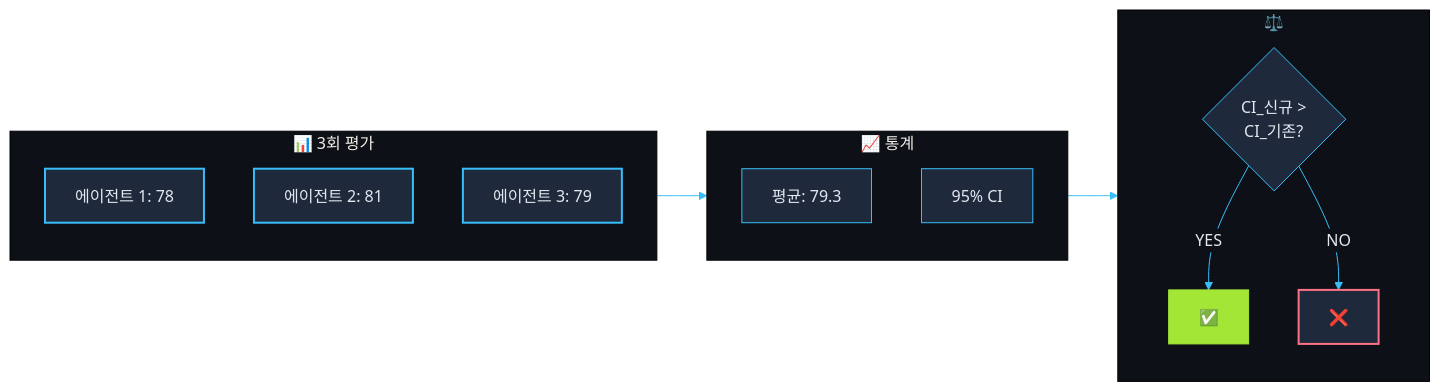
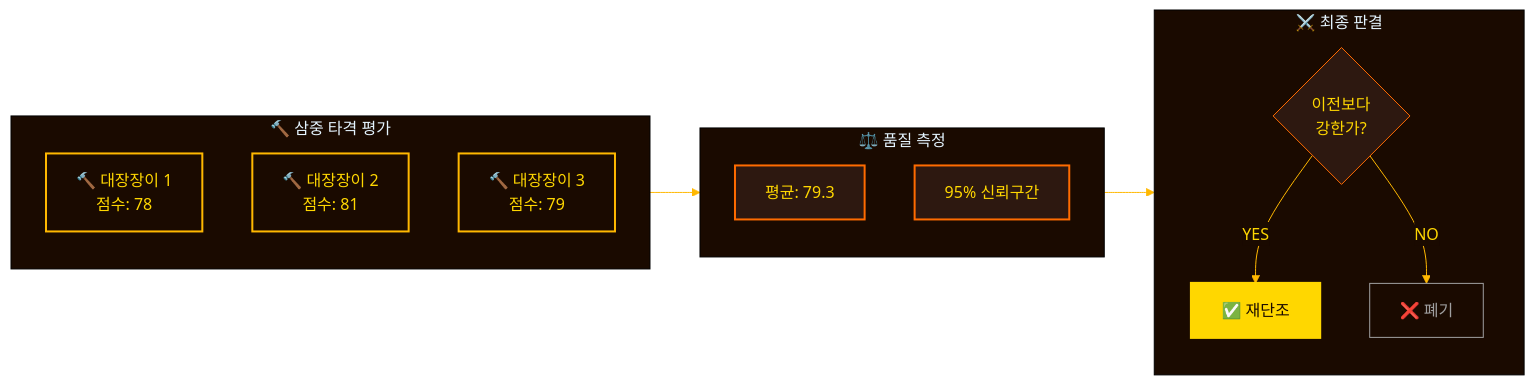
One commit to quantsquirrel/claude-skill-forge changed the third of 3 diagrams in README.ko.md. Above: the diagram before and after it, drawn with Mermaid. The commit also changed other lines of this file and 2 other files, not shown here.

````diff
--- a/README.ko.md
+++ b/README.ko.md
@@ -198,37 +174,39 @@
 ```mermaid
 %%{init: {'theme': 'base', 'themeVariables': {
-  'primaryColor': '#1E293B',
-  'primaryTextColor': '#E2E8F0',
-  'primaryBorderColor': '#38BDF8',
-  'lineColor': '#38BDF8',
-  'secondaryColor': '#0D1117',
-  'tertiaryColor': '#0D1117'
+  'primaryColor': '#2D1810',
+  'primaryTextColor': '#FFD700',
+  'primaryBorderColor': '#FF6B00',
+  'lineColor': '#FFB800',
+  'secondaryColor': '#1A0A00',
+  'tertiaryColor': '#1A0A00'
 }}}%%
 flowchart LR
-    subgraph EVAL["📊 3회 평가"]
+    subgraph STRIKE["🔨 삼중 타격 평가"]
         direction TB
-        E1["에이전트 1: 78"]
-        E2["에이전트 2: 81"]
-        E3["에이전트 3: 79"]
+        S1["🔨 대장장이 1<br/>점수: 78"]
+        S2["🔨 대장장이 2<br/>점수: 81"]
+        S3["🔨 대장장이 3<br/>점수: 79"]
     end
 
-    subgraph STATS["📈 통계"]
+    subgraph MEASURE["⚖️ 품질 측정"]
         direction TB
-        S1["평균: 79.3"]
-        S2["95% CI"]
+        M1["평균: 79.3"]
+        M2["95% 신뢰구간"]
     end
 
-    subgraph DECISION["⚖️"]
-        D1{"CI_신규 ><br/>CI_기존?"}
-        D1 -->|YES| MERGE["✅"]
-        D1 -->|NO| REJECT["❌"]
+    subgraph VERDICT["⚔️ 최종 판결"]
+        V1{"이전보다<br/>강한가?"}
+        V1 -->|"YES"| ACCEPT["✅ 재단조"]
+        V1 -->|"NO"| REJECT["❌ 폐기"]
     end
 
-    EVAL --> STATS --> DECISION
+    STRIKE --> MEASURE --> VERDICT
 
-    style E1 fill:#1E293B,stroke:#38BDF8,stroke-width:2px,color:#E2E8F0
-    style E2 fill:#1E293B,stroke:#38BDF8,stroke-width:2px,color:#E2E8F0
-    style E3 fill:#1E293B,stroke:#38BDF8,stroke-width:2px,color:#E2E8F0
-    style MERGE fill:#A3E635,stroke:#A3E635,color:#0D1117
-    style REJECT fill:#1E293B,stroke:#FB7185,stroke-width:2px,color:#FB7185
+    style S1 fill:#1A0A00,stroke:#FFB800,stroke-width:2px,color:#FFD700
+    style S2 fill:#1A0A00,stroke:#FFB800,stroke-width:2px,color:#FFD700
+    style S3 fill:#1A0A00,stroke:#FFB800,stroke-width:2px,color:#FFD700
+    style M1 fill:#2D1810,stroke:#FF6B00,stroke-width:2px,color:#FFD700
+    style M2 fill:#2D1810,stroke:#FF6B00,stroke-width:2px,color:#FFD700
+    style ACCEPT fill:#FFD700,stroke:#FFD700,color:#1A0A00,stroke-width:3px
+    style REJECT fill:#1A0A00,stroke:#A0A0A0,stroke-width:1px,color:#A0A0A0
 ```
````
